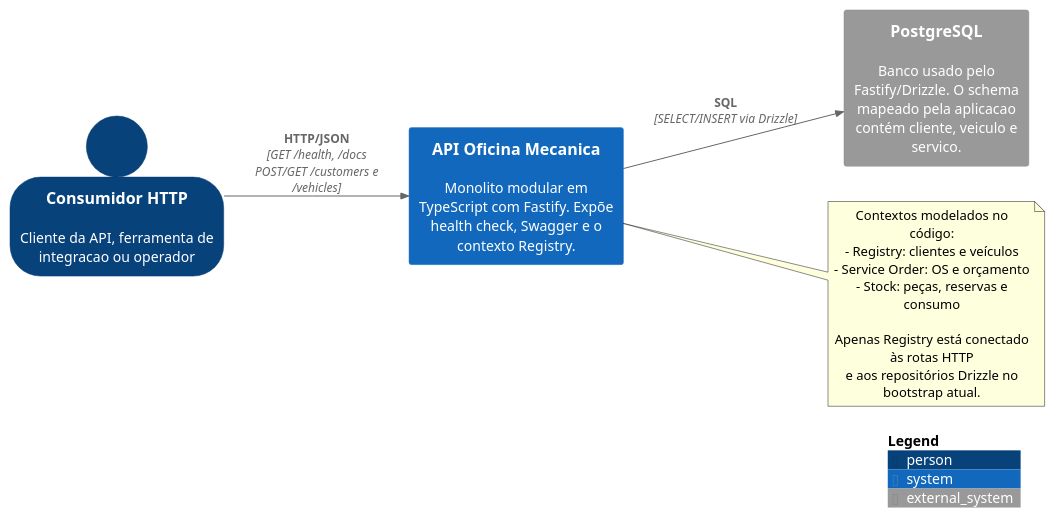
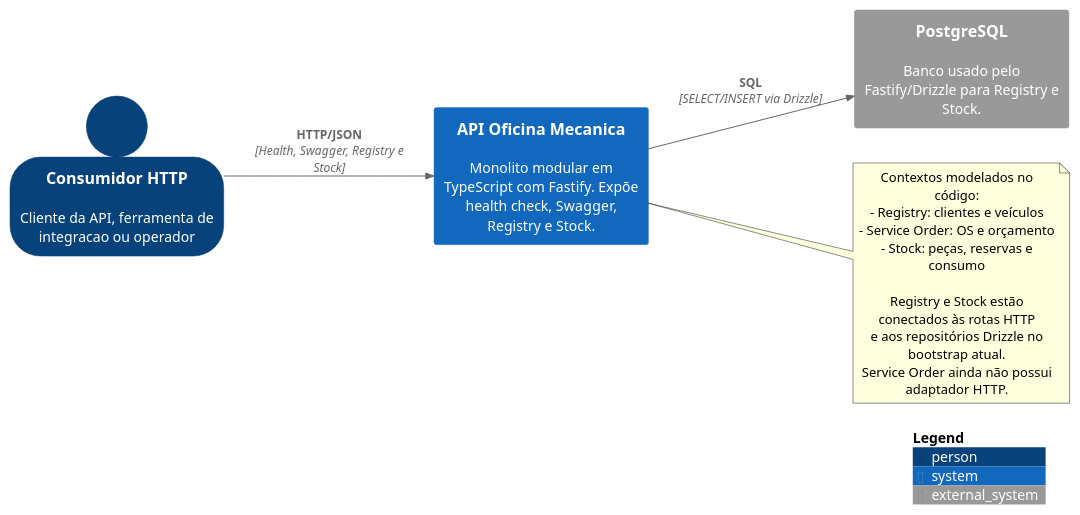
The diagram in docs/plantuml/c4-context.puml (15soat-fiap-45/api.mecanica), drawn with PlantUML before and after one commit. The commit also changed 14 other files, not shown here.

First line of the commit message:
feat: add stock management features including routes, use cases, and database schema

```diff
--- a/docs/plantuml/c4-context.puml
+++ b/docs/plantuml/c4-context.puml
@@ -1,24 +1,25 @@
 @startuml C4 Context - API Oficina Mecanica
 !include https://raw.githubusercontent.com/plantuml-stdlib/C4-PlantUML/master/C4_Context.puml
 LAYOUT_LEFT_RIGHT()
 SHOW_PERSON_OUTLINE()
 
 Person(api_client, "Consumidor HTTP", "Cliente da API, ferramenta de integracao ou operador")
-System(api, "API Oficina Mecanica", "Monolito modular em TypeScript com Fastify. Expõe health check, Swagger e o contexto Registry.")
-System_Ext(postgres, "PostgreSQL", "Banco usado pelo Fastify/Drizzle. O schema mapeado pela aplicacao contém cliente, veiculo e servico.")
+System(api, "API Oficina Mecanica", "Monolito modular em TypeScript com Fastify. Expõe health check, Swagger, Registry e Stock.")
+System_Ext(postgres, "PostgreSQL", "Banco usado pelo Fastify/Drizzle para Registry e Stock.")
 
-Rel(api_client, api, "HTTP/JSON", "GET /health, /docs\nPOST/GET /customers e /vehicles")
+Rel(api_client, api, "HTTP/JSON", "Health, Swagger, Registry e Stock")
 Rel(api, postgres, "SQL", "SELECT/INSERT via Drizzle")
 
 note right of api
     Contextos modelados no código:
     - Registry: clientes e veículos
     - Service Order: OS e orçamento
     - Stock: peças, reservas e consumo
 
-    Apenas Registry está conectado às rotas HTTP
+    Registry e Stock estão conectados às rotas HTTP
     e aos repositórios Drizzle no bootstrap atual.
+    Service Order ainda não possui adaptador HTTP.
 end note
 
 SHOW_LEGEND()
 @enduml
```
